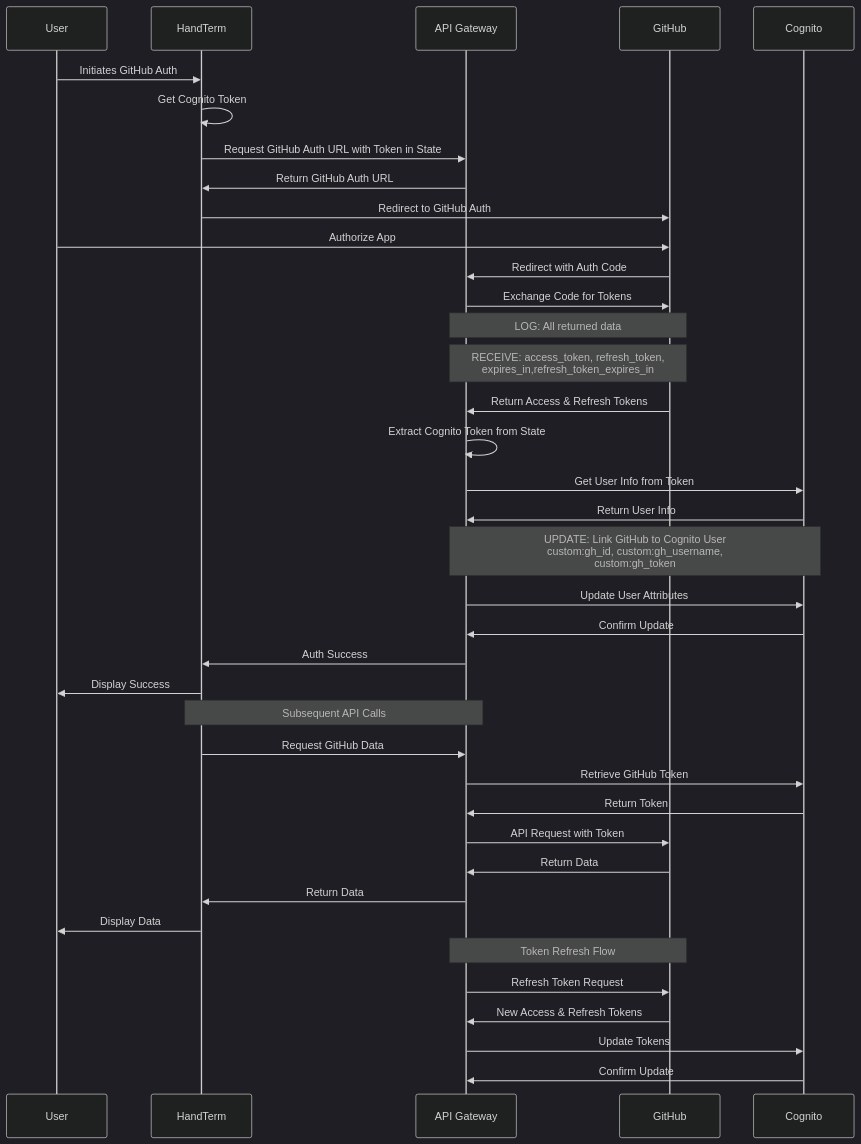
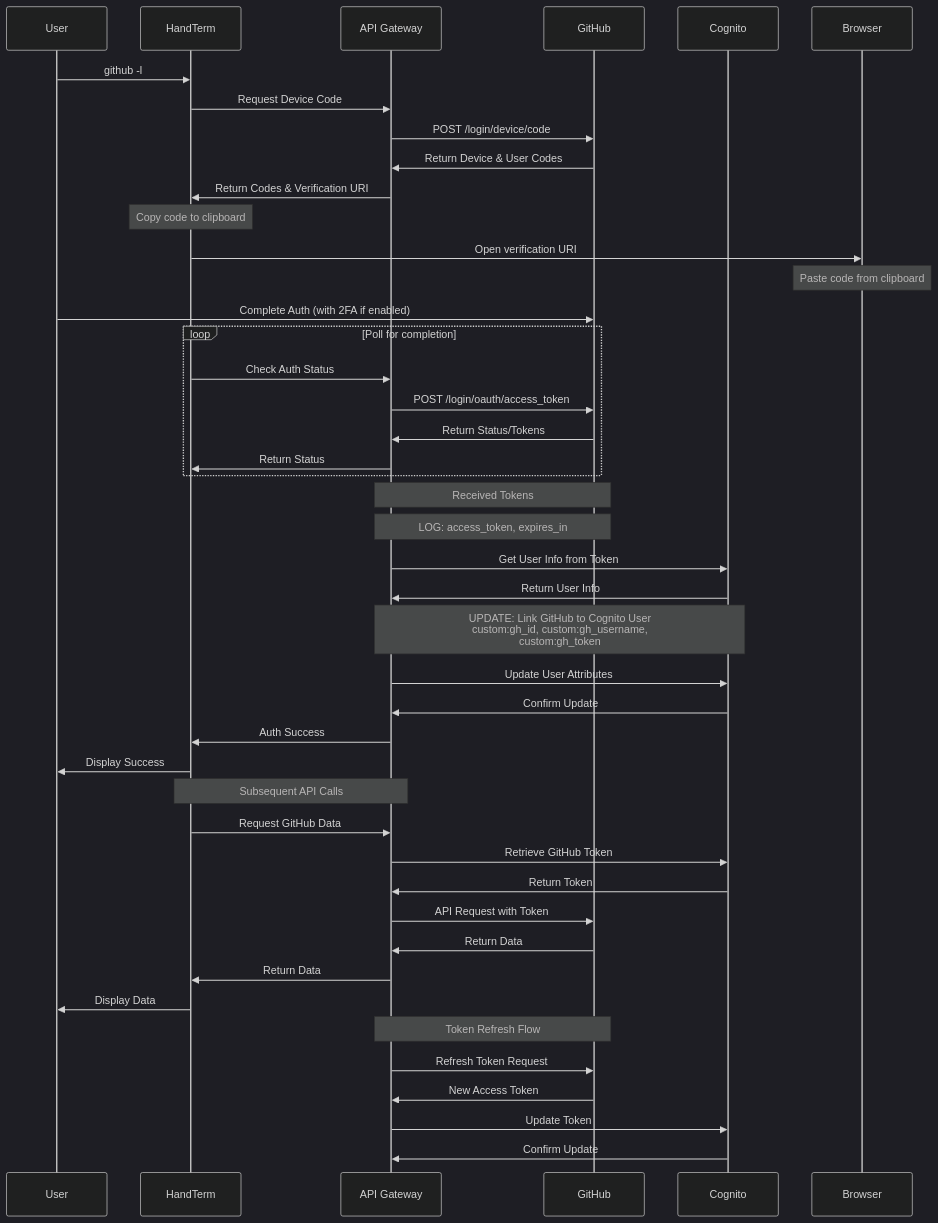
Before and after one commit to InTEGr8or/handterm-cdk: the diagram in docs/github/grant_flow.md, drawn with Mermaid (dark theme). The commit also changed other lines of this file and 10 other files, not shown here.

Commit message:
WIP using Device Flow instead of OAuth

````diff
--- a/docs/github/grant_flow.md
+++ b/docs/github/grant_flow.md
@@ -5,46 +5,55 @@
 ```mermaid
 sequenceDiagram
     participant User
     participant H as HandTerm
     participant A as API Gateway
     participant GitHub
     participant Cognito
+    participant Browser
 
-    User->>H: Initiates GitHub Auth
-    H ->>H: Get Cognito Token
-    H ->>A: Request GitHub Auth URL with Token in State
-    A->>H: Return GitHub Auth URL
-    H ->>GitHub: Redirect to GitHub Auth
-    User->>GitHub: Authorize App
-    GitHub->>A: Redirect with Auth Code
-    A->>GitHub: Exchange Code for Tokens
+    User->>H: github -l
+    H->>A: Request Device Code
+    A->>GitHub: POST /login/device/code
+    GitHub->>A: Return Device & User Codes
+    A->>H: Return Codes & Verification URI
 
-    Note over A,GitHub: LOG: All returned data
-    Note over A,GitHub: RECEIVE: access_token, refresh_token,<br/>expires_in,refresh_token_expires_in
-    GitHub->>A: Return Access & Refresh Tokens
+    Note over H: Copy code to clipboard
+    H->>Browser: Open verification URI
+    Note over Browser: Paste code from clipboard
 
-    A->>A: Extract Cognito Token from State
+    User->>GitHub: Complete Auth (with 2FA if enabled)
+
+    loop Poll for completion
+        H->>A: Check Auth Status
+        A->>GitHub: POST /login/oauth/access_token
+        GitHub->>A: Return Status/Tokens
+        A->>H: Return Status
+    end
+
+    Note over A,GitHub: Received Tokens
+    Note over A,GitHub: LOG: access_token, expires_in
+
     A->>Cognito: Get User Info from Token
     Cognito->>A: Return User Info
 
     Note over A,Cognito: UPDATE: Link GitHub to Cognito User<br/>custom:gh_id, custom:gh_username,<br/>custom:gh_token
     A->>Cognito: Update User Attributes
     Cognito->>A: Confirm Update
     A->>H: Auth Success
-    H ->>User: Display Success
+    H->>User: Display Success
 
     Note over H,A: Subsequent API Calls
-    H ->>A: Request GitHub Data
+    H->>A: Request GitHub Data
     A->>Cognito: Retrieve GitHub Token
     Cognito->>A: Return Token
     A->>GitHub: API Request with Token
     GitHub->>A: Return Data
     A->>H: Return Data
-    H ->>User: Display Data
+    H->>User: Display Data
 
     Note over A,GitHub: Token Refresh Flow
     A->>GitHub: Refresh Token Request
-    GitHub->>A: New Access & Refresh Tokens
-    A->>Cognito: Update Tokens
+    GitHub->>A: New Access Token
+    A->>Cognito: Update Token
     Cognito->>A: Confirm Update
 ```
````
